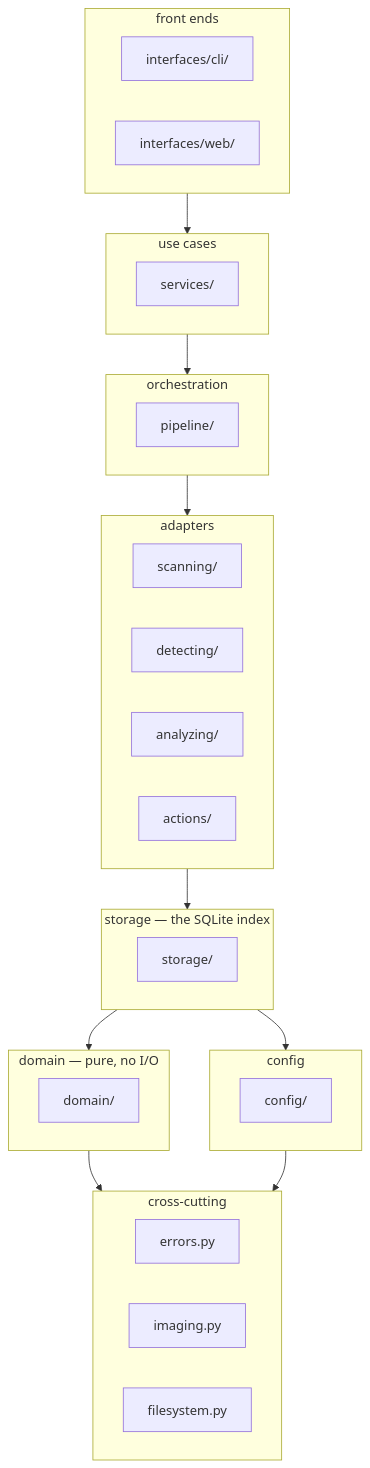
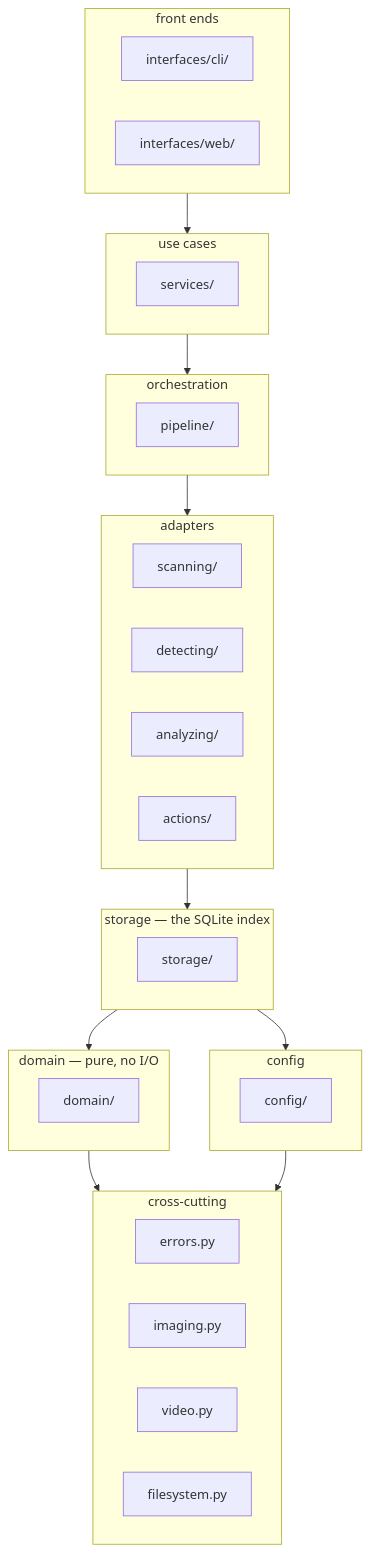
One commit to Guebbit/media-sorter changed the first of 3 diagrams in docs/ARCHITECTURE.md. Above: the diagram before and after it, drawn with Mermaid. The commit also changed other lines of this file and 70 other files, not shown here.

````diff
--- a/docs/ARCHITECTURE.md
+++ b/docs/ARCHITECTURE.md
@@ -13,42 +13,43 @@
 ```mermaid
 flowchart TD
     subgraph L0["cross-cutting"]
         errors[errors.py]
         imaging[imaging.py]
+        video[video.py]
         filesystem[filesystem.py]
     end
     subgraph L1["domain — pure, no I/O"]
         domain[domain/]
     end
     subgraph L2["config"]
         config[config/]
     end
     subgraph L3["storage — the SQLite index"]
         storage[storage/]
     end
     subgraph L4["adapters"]
         scanning[scanning/]
         detecting[detecting/]
         analyzing[analyzing/]
         actions[actions/]
     end
     subgraph L5["orchestration"]
         pipeline[pipeline/]
     end
     subgraph L6["use cases"]
         services[services/]
     end
     subgraph L7["front ends"]
         cli[interfaces/cli/]
         web[interfaces/web/]
     end
 
     L1 --> L0
     L2 --> L0
     L3 --> L1
     L3 --> L2
     L4 --> L3
     L5 --> L4
     L6 --> L5
     L7 --> L6
 ```
````
